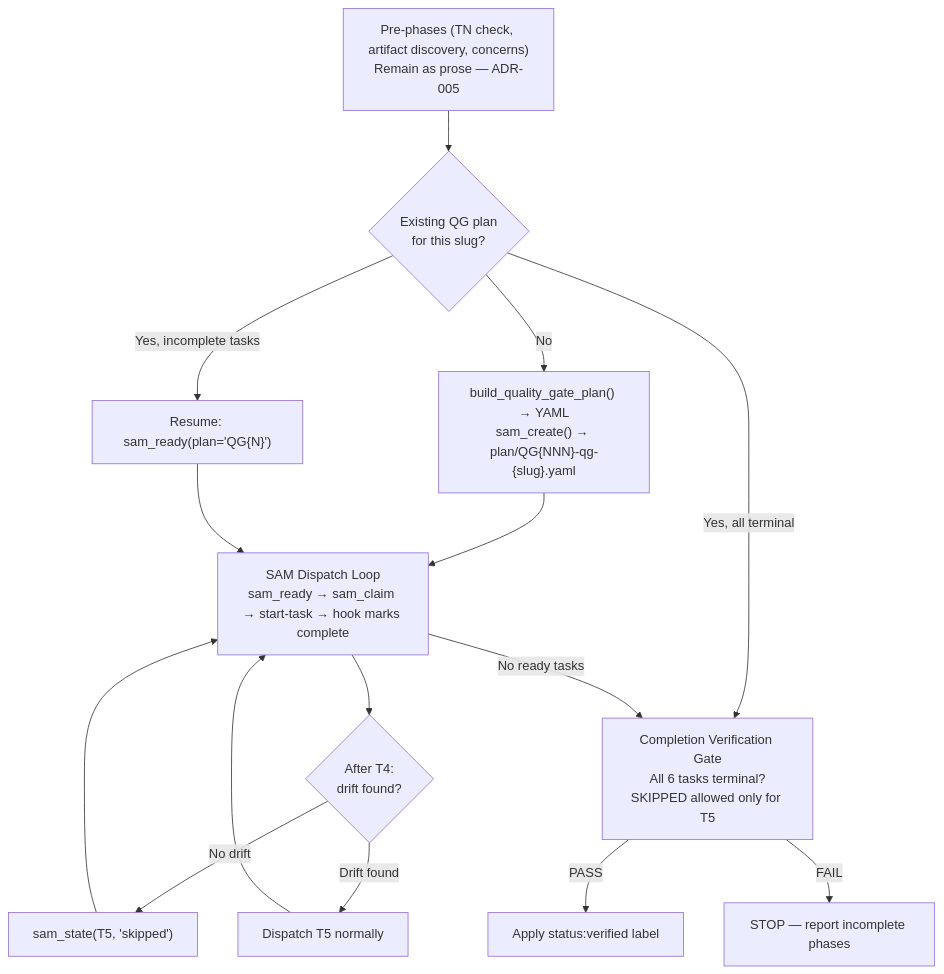
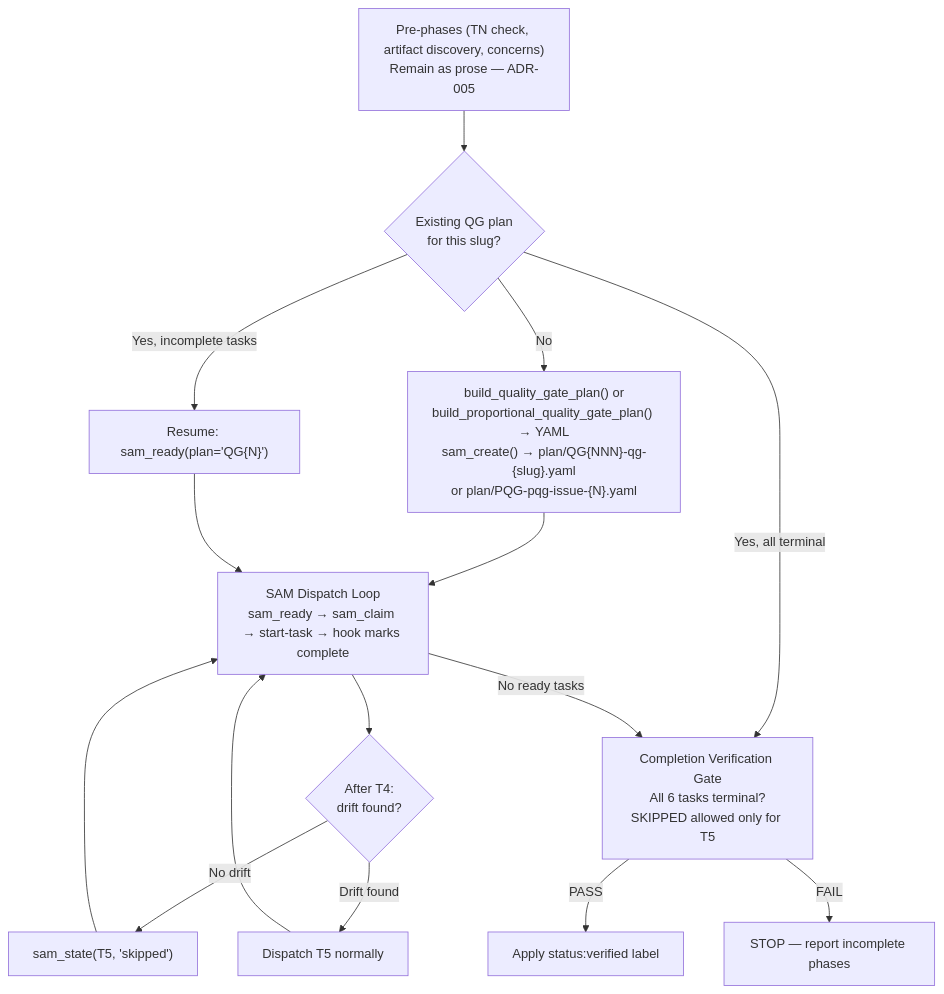
Before and after one commit to chgreer1070/claude_skills: the third of 6 diagrams in .claude/rules/local-workflow.md, drawn with Mermaid. The commit also changed other lines of this file and 5 other files, not shown here.

First line of the commit message:
feat(quality-gates): add proportional 3-phase gates for issue-only fixes

````diff
--- a/.claude/rules/local-workflow.md
+++ b/.claude/rules/local-workflow.md
@@ -340,17 +385,17 @@
 ```mermaid
 flowchart TD
     Pre["Pre-phases (TN check, artifact discovery, concerns)<br>Remain as prose — ADR-005"] --> Create{"Existing QG plan<br>for this slug?"}
-    Create -->|"No"| Gen["build_quality_gate_plan() → YAML<br>sam_create() → plan/QG{NNN}-qg-{slug}.yaml"]
+    Create -->|"No"| Gen["build_quality_gate_plan() or<br>build_proportional_quality_gate_plan() → YAML<br>sam_create() → plan/QG{NNN}-qg-{slug}.yaml<br>or plan/PQG-pqg-issue-{N}.yaml"]
     Create -->|"Yes, incomplete tasks"| Resume["Resume: sam_ready(plan='QG{N}')"]
     Create -->|"Yes, all terminal"| Gate["Skip to Completion Gate"]
     Gen --> Loop["SAM Dispatch Loop<br>sam_ready → sam_claim → start-task → hook marks complete"]
     Resume --> Loop
     Loop --> PostT4{"After T4:<br>drift found?"}
     PostT4 -->|"No drift"| SkipT5["sam_state(T5, 'skipped')"]
     PostT4 -->|"Drift found"| DispatchT5["Dispatch T5 normally"]
     SkipT5 --> Loop
     DispatchT5 --> Loop
     Loop -->|"No ready tasks"| Gate["Completion Verification Gate<br>All 6 tasks terminal?<br>SKIPPED allowed only for T5"]
     Gate -->|"PASS"| Label["Apply status:verified label"]
     Gate -->|"FAIL"| Block["STOP — report incomplete phases"]
 ```
````
